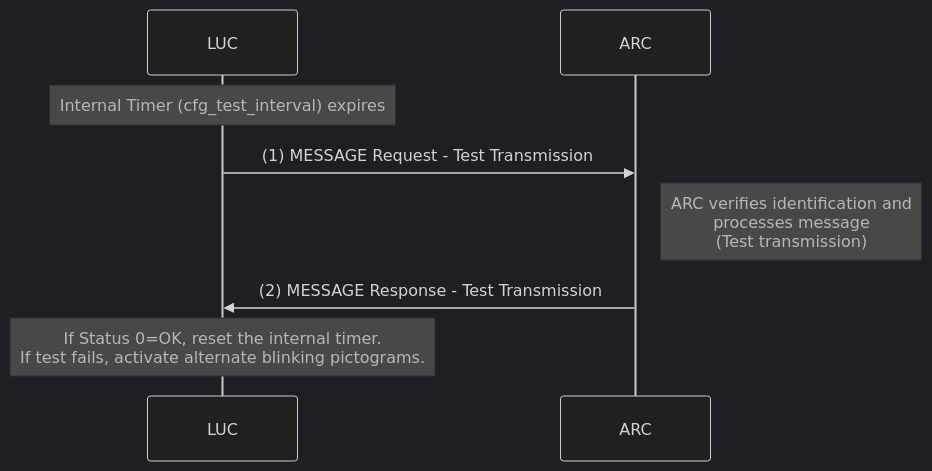
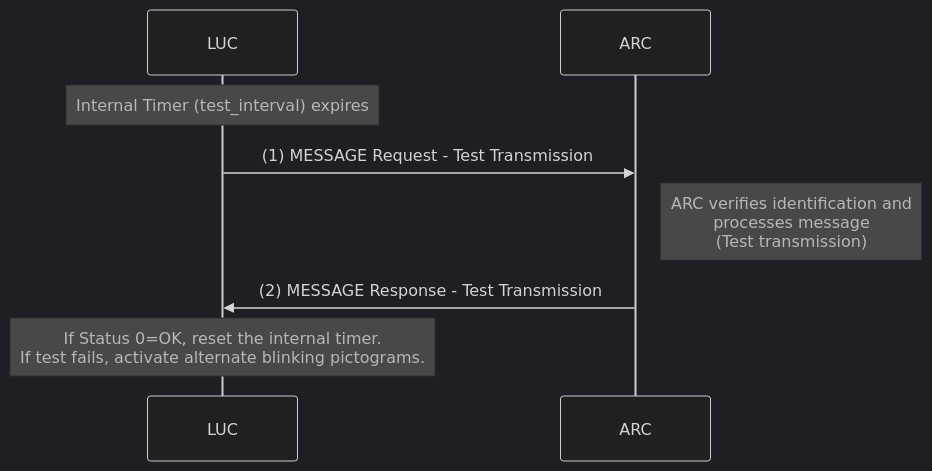
Before and after one commit to Telegartner-Elektronik/LACS-Protocol: the third of 9 diagrams in LACS.md, drawn with Mermaid (dark theme). The commit also changed other lines of this file, not shown here.

First line of the commit message:
v0.07-draft - Add normative references section and restructure LUC configuration

````diff
--- a/LACS.md
+++ b/LACS.md
@@ -636,16 +649,16 @@
 ```mermaid
 sequenceDiagram
     participant LUC
     participant ARC
 
-    Note over LUC: Internal Timer (cfg_test_interval) expires
+    Note over LUC: Internal Timer (test_interval) expires
 
     LUC->>ARC: (1) MESSAGE Request - Test Transmission
     Note right of ARC: ARC verifies identification and<br>processes message<br>(Test transmission)
 
     ARC->>LUC: (2) MESSAGE Response - Test Transmission
 
 
     Note over LUC: If Status 0=OK, reset the internal timer.<br>If test fails, activate alternate blinking pictograms.
 
 ```
````
